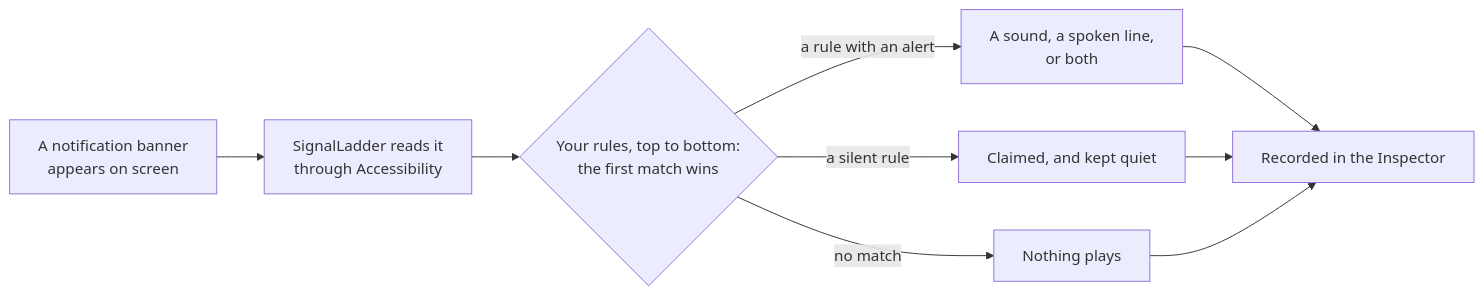
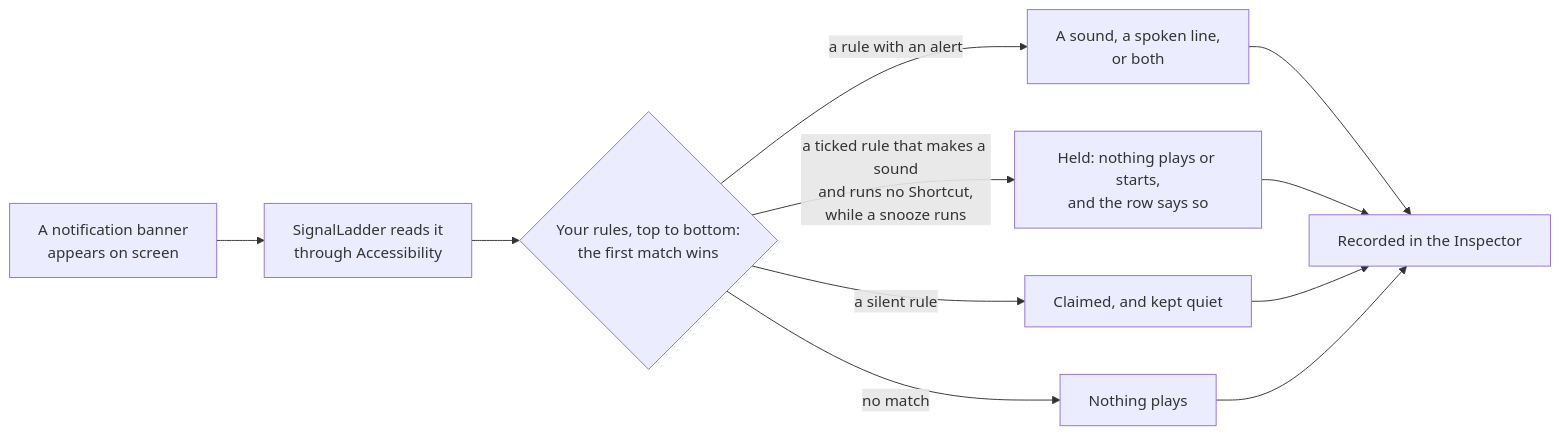
The diagram in README.md (JWhite212/SignalLadder), drawn with Mermaid before and after one commit. The commit also changed other lines of this file and 11 other files, not shown here.

````diff
--- a/README.md
+++ b/README.md
@@ -50,11 +50,13 @@
 ```mermaid
 flowchart LR
     A["A notification banner<br/>appears on screen"] --> B["SignalLadder reads it<br/>through Accessibility"]
     B --> C{"Your rules, top to bottom:<br/>the first match wins"}
     C -- "a rule with an alert" --> D["A sound, a spoken line,<br/>or both"]
+    C -- "a ticked rule that makes a sound<br/>and runs no Shortcut,<br/>while a snooze runs" --> H["Held: nothing plays or starts,<br/>and the row says so"]
     C -- "a silent rule" --> E["Claimed, and kept quiet"]
     C -- "no match" --> F["Nothing plays"]
     D --> G["Recorded in the Inspector"]
+    H --> G
     E --> G
     F --> G
 ```
````
